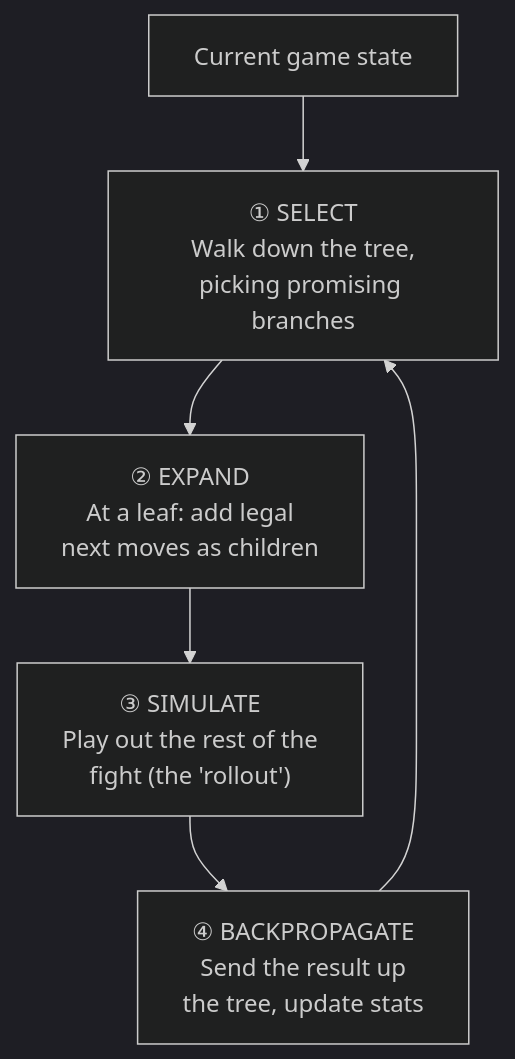
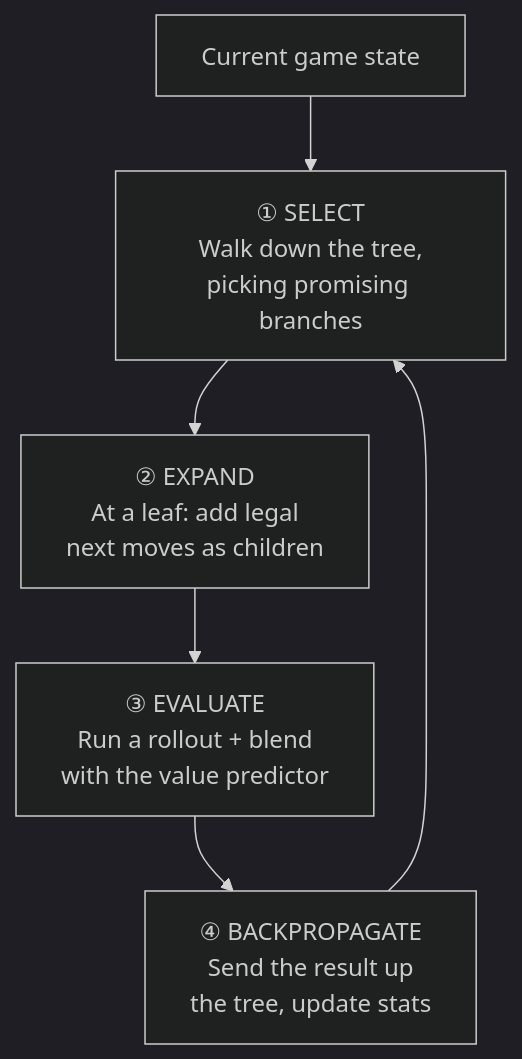
The first of 2 diagrams in wiki/how-combat-works.md (pherrman1/sts_ai), drawn with Mermaid (dark theme) before and after one commit. The commit also changed other lines of this file and 5 other files, not shown here.

````diff
--- a/wiki/how-combat-works.md
+++ b/wiki/how-combat-works.md
@@ -27,8 +27,8 @@
 ```mermaid
 flowchart TD
     S["Current game state"] --> Sel["① SELECT<br/>Walk down the tree,<br/>picking promising branches"]
     Sel --> Exp["② EXPAND<br/>At a leaf: add legal<br/>next moves as children"]
-    Exp --> Sim["③ SIMULATE<br/>Play out the rest of the<br/>fight (the 'rollout')"]
+    Exp --> Sim["③ EVALUATE<br/>Run a rollout + blend<br/>with the value predictor"]
     Sim --> Back["④ BACKPROPAGATE<br/>Send the result up<br/>the tree, update stats"]
     Back --> Sel
 ```
````
